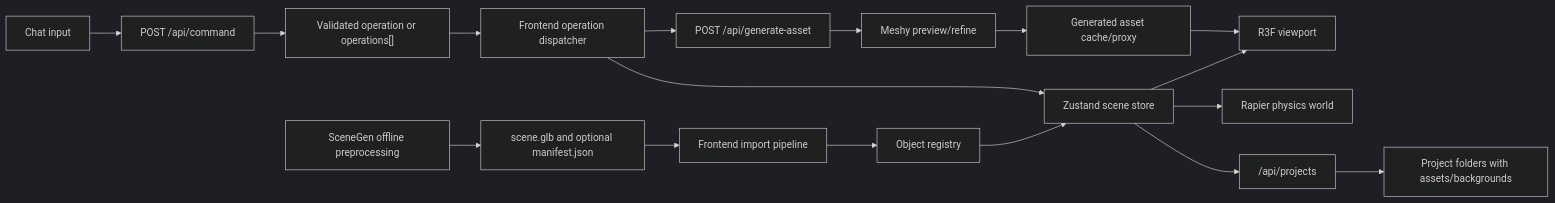
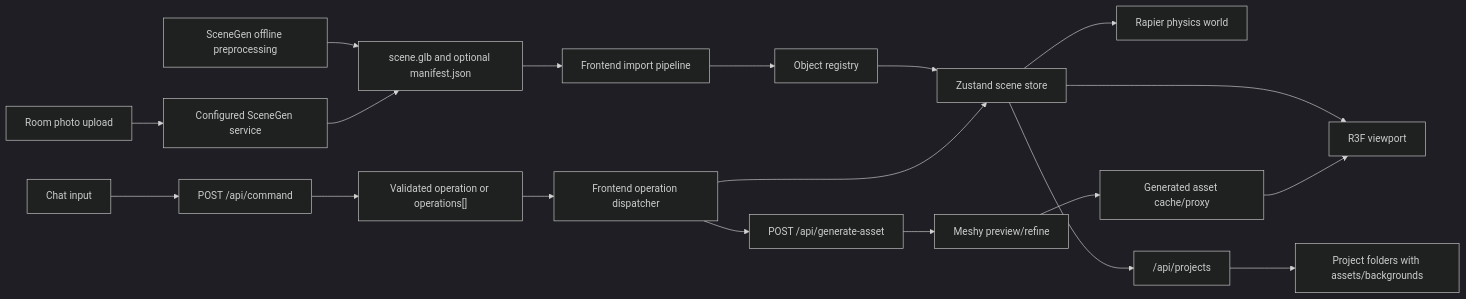
Before and after one commit to chengenli9/QuackHacks2026: the diagram in docs/architecture.md, drawn with Mermaid (dark theme). The commit also changed other lines of this file and 5 other files, not shown here.

````diff
--- a/docs/architecture.md
+++ b/docs/architecture.md
@@ -39,19 +40,21 @@
 ```mermaid
 flowchart LR
   SceneGen["SceneGen offline preprocessing"] --> GLB["scene.glb and optional manifest.json"]
+  Photo["Room photo upload"] --> SceneGenService["Configured SceneGen service"]
+  SceneGenService --> GLB
   GLB --> Importer["Frontend import pipeline"]
   Importer --> Registry["Object registry"]
   Registry --> Store["Zustand scene store"]
   Store --> Viewport["R3F viewport"]
   Store --> Physics["Rapier physics world"]
   Chat["Chat input"] --> CommandAPI["POST /api/command"]
   CommandAPI --> Operation["Validated operation or operations[]"]
   Operation --> Dispatcher["Frontend operation dispatcher"]
   Dispatcher --> Store
   Dispatcher --> AssetAPI["POST /api/generate-asset"]
   AssetAPI --> Meshy["Meshy preview/refine"]
   Meshy --> Cache["Generated asset cache/proxy"]
   Cache --> Viewport
   Store --> ProjectAPI["/api/projects"]
   ProjectAPI --> ProjectFiles["Project folders with assets/backgrounds"]
 ```
````
